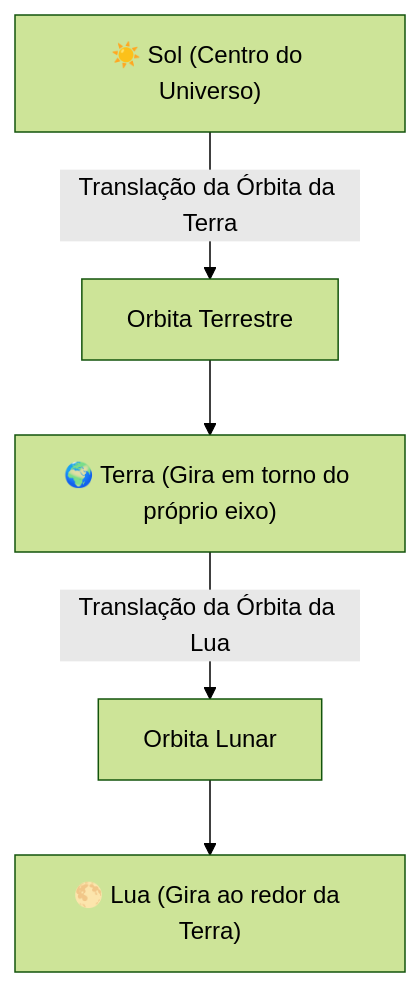
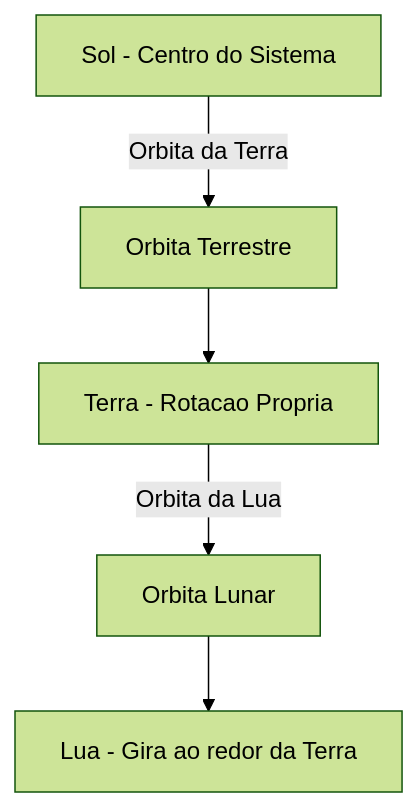
Before and after one commit to Gabriel-Freitas-S/CGPDI.StudyLab: the diagram in docs/src/content/docs/hierarquia/braco-robotico-e-animacoes.md, drawn with Mermaid (forest theme). The commit also changed other lines of this file and 35 other files, not shown here.

Commit message:
docs: aprimorar linguagem didatica e suporte nativo a diagramas Mermaid

````diff
--- a/docs/src/content/docs/hierarquia/braco-robotico-e-animacoes.md
+++ b/docs/src/content/docs/hierarquia/braco-robotico-e-animacoes.md
@@ -57,7 +25,7 @@
 ```mermaid
 graph TD
-    Sol["☀️ Sol (Centro do Universo)"] -->|Translação da Órbita da Terra| OrbitaTerra["Orbita Terrestre"]
-    OrbitaTerra --> Terra["🌍 Terra (Gira em torno do próprio eixo)"]
-    Terra -->|Translação da Órbita da Lua| OrbitaLua["Orbita Lunar"]
-    OrbitaLua --> Lua["🌕 Lua (Gira ao redor da Terra)"]
+    Sol[Sol - Centro do Sistema] -->|Orbita da Terra| OrbitaTerra[Orbita Terrestre]
+    OrbitaTerra --> Terra[Terra - Rotacao Propria]
+    Terra -->|Orbita da Lua| OrbitaLua[Orbita Lunar]
+    OrbitaLua --> Lua[Lua - Gira ao redor da Terra]
 ```
````
